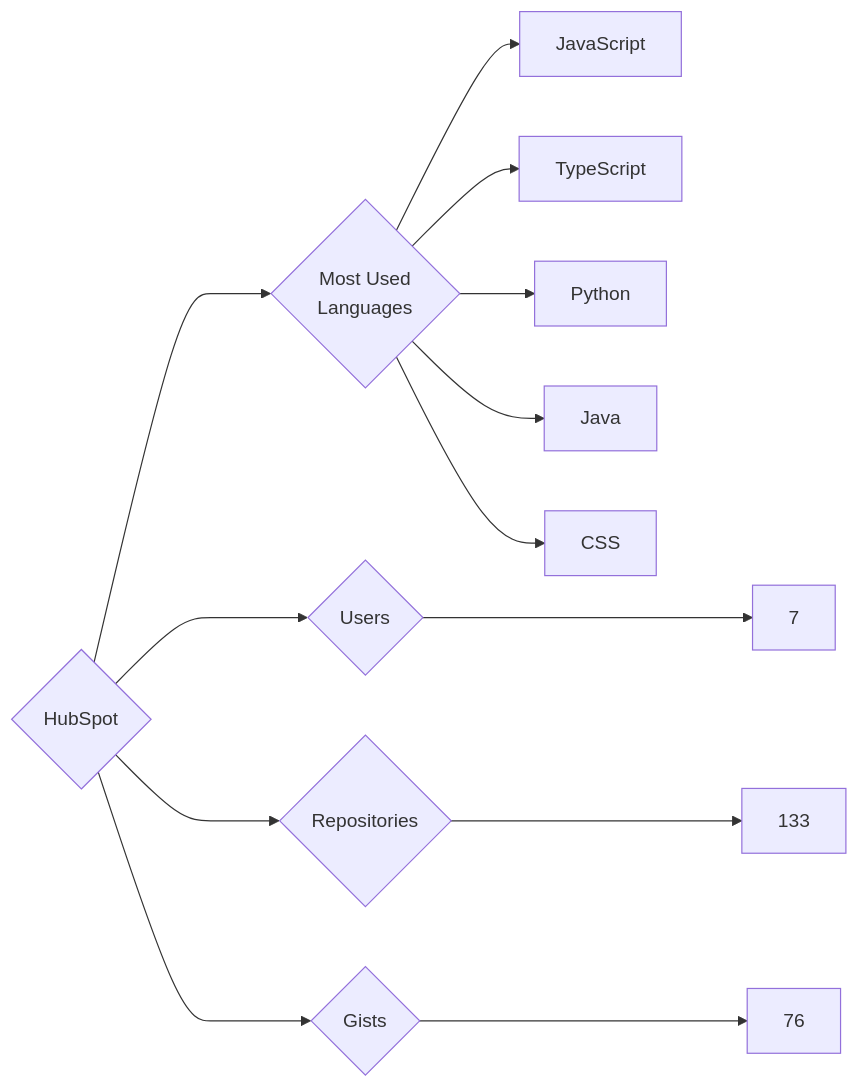
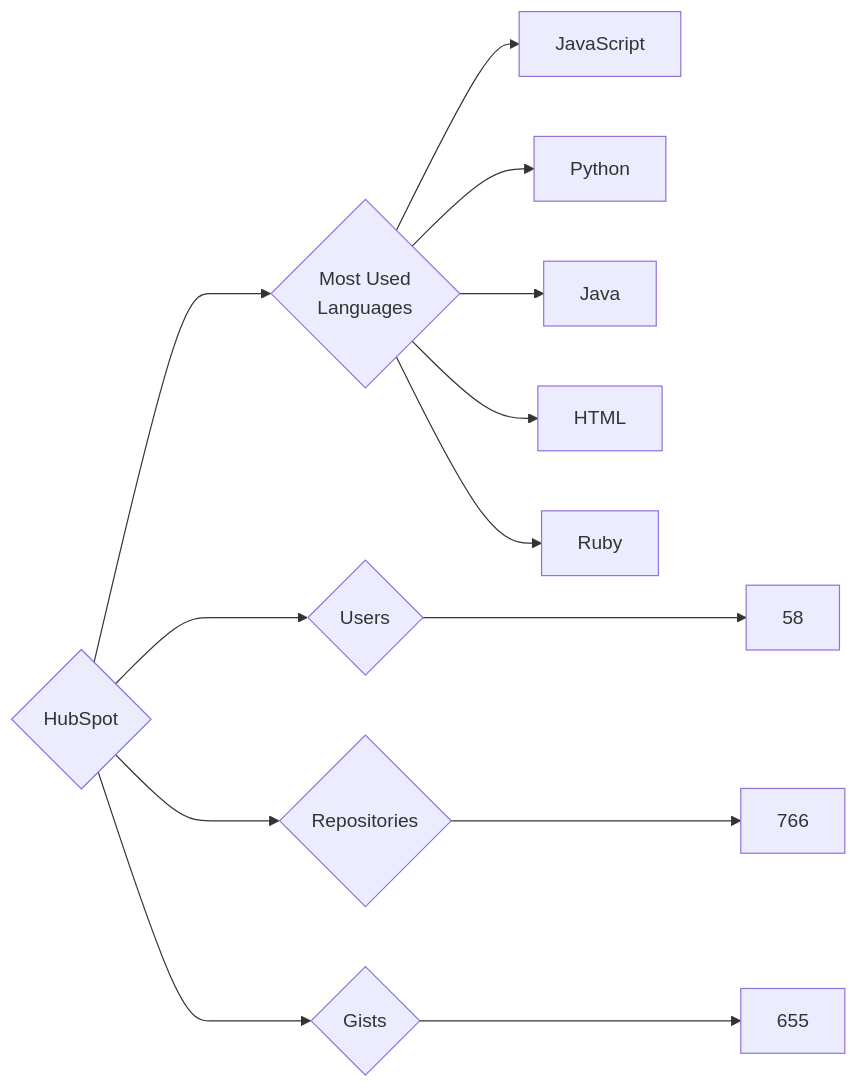
The diagram in targets/HubSpot/README.md (trickest/insiders), drawn with Mermaid before and after one commit. The commit also changed 934 other files, not shown here.

````diff
--- a/targets/HubSpot/README.md
+++ b/targets/HubSpot/README.md
@@ -3,13 +3,13 @@
 ```mermaid
 graph LR
 COMPANY_NAME{HubSpot}
-COMPANY_NAME ---> U{Users} ---> UN[7]
-COMPANY_NAME ---> R{Repositories} ---> RN[133]
-COMPANY_NAME ---> G{Gists} ---> GN[76]
+COMPANY_NAME ---> U{Users} ---> UN[58]
+COMPANY_NAME ---> R{Repositories} ---> RN[766]
+COMPANY_NAME ---> G{Gists} ---> GN[655]
 COMPANY_NAME ---> ML{Most Used<br>Languages}
 ML --> JavaScript[JavaScript]
-ML --> TypeScript[TypeScript]
 ML --> Python[Python]
 ML --> Java[Java]
-ML --> CSS[CSS]
+ML --> HTML[HTML]
+ML --> Ruby[Ruby]
 ```
````
